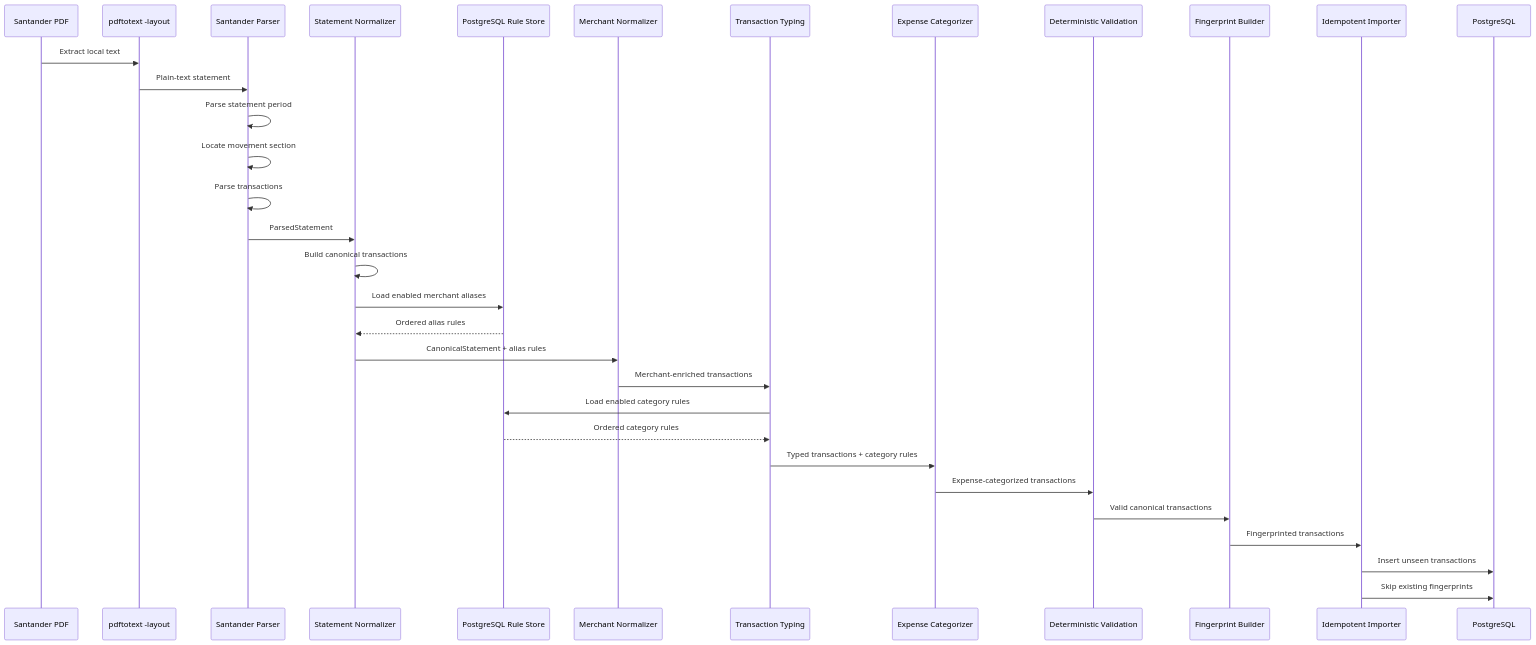
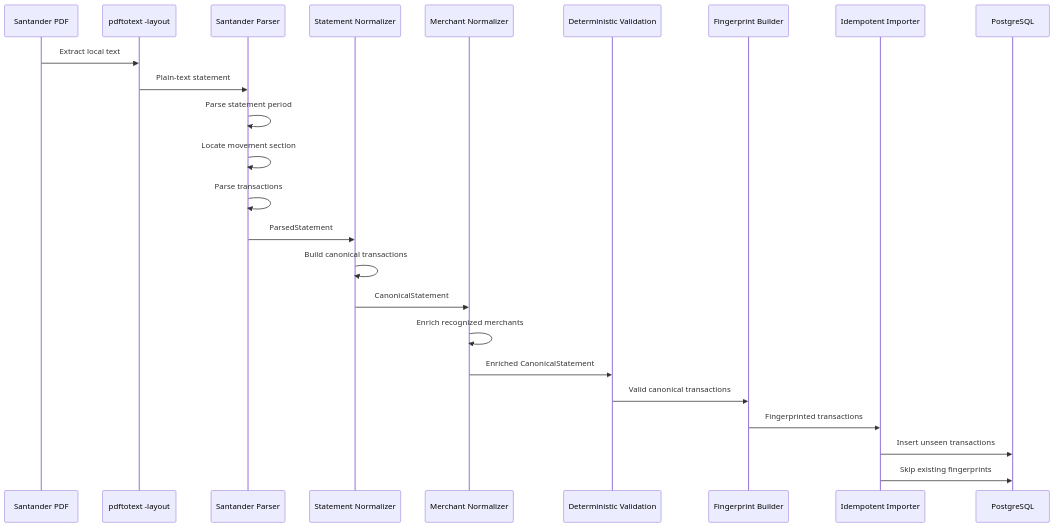
The sixth of 6 diagrams in docs/architecture.md (daniel-carneiro-nascimento/sherlock-home), drawn with Mermaid before and after one commit. The commit also changed other lines of this file and 2 other files, not shown here.

Commit message:
Document deterministic merchant normalization

````diff
--- a/docs/architecture.md
+++ b/docs/architecture.md
@@ -897,36 +860,28 @@
 ```mermaid
 sequenceDiagram
 
     participant PDF as Santander PDF
     participant Extract as pdftotext -layout
     participant Parser as Santander Parser
     participant Normalize as Statement Normalizer
-    participant Rules as PostgreSQL Rule Store
     participant Merchant as Merchant Normalizer
-    participant Type as Transaction Typing
-    participant Category as Expense Categorizer
     participant Validate as Deterministic Validation
     participant FP as Fingerprint Builder
     participant Import as Idempotent Importer
     participant DB as PostgreSQL
 
     PDF->>Extract: Extract local text
     Extract->>Parser: Plain-text statement
     Parser->>Parser: Parse statement period
     Parser->>Parser: Locate movement section
     Parser->>Parser: Parse transactions
     Parser->>Normalize: ParsedStatement
     Normalize->>Normalize: Build canonical transactions
-    Normalize->>Rules: Load enabled merchant aliases
-    Rules-->>Normalize: Ordered alias rules
-    Normalize->>Merchant: CanonicalStatement + alias rules
-    Merchant->>Type: Merchant-enriched transactions
-    Type->>Rules: Load enabled category rules
-    Rules-->>Type: Ordered category rules
-    Type->>Category: Typed transactions + category rules
-    Category->>Validate: Expense-categorized transactions
+    Normalize->>Merchant: CanonicalStatement
+    Merchant->>Merchant: Enrich recognized merchants
+    Merchant->>Validate: Enriched CanonicalStatement
     Validate->>FP: Valid canonical transactions
     FP->>Import: Fingerprinted transactions
     Import->>DB: Insert unseen transactions
     Import->>DB: Skip existing fingerprints
 ```
````
